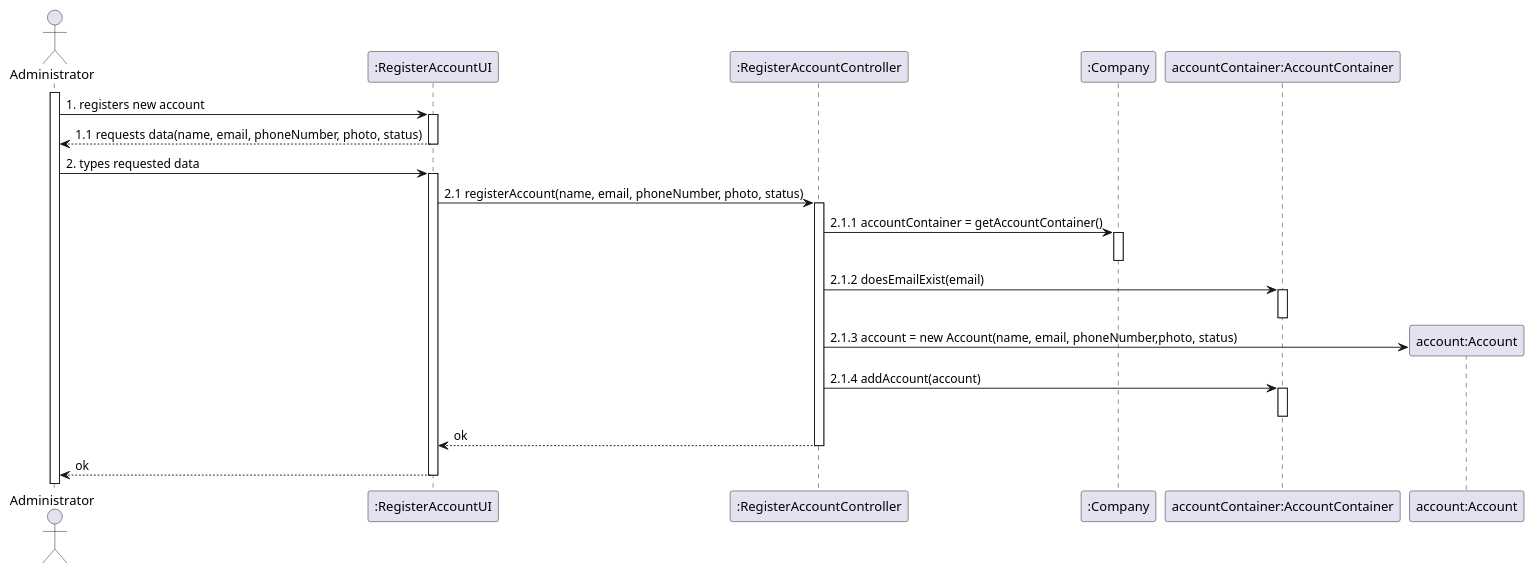
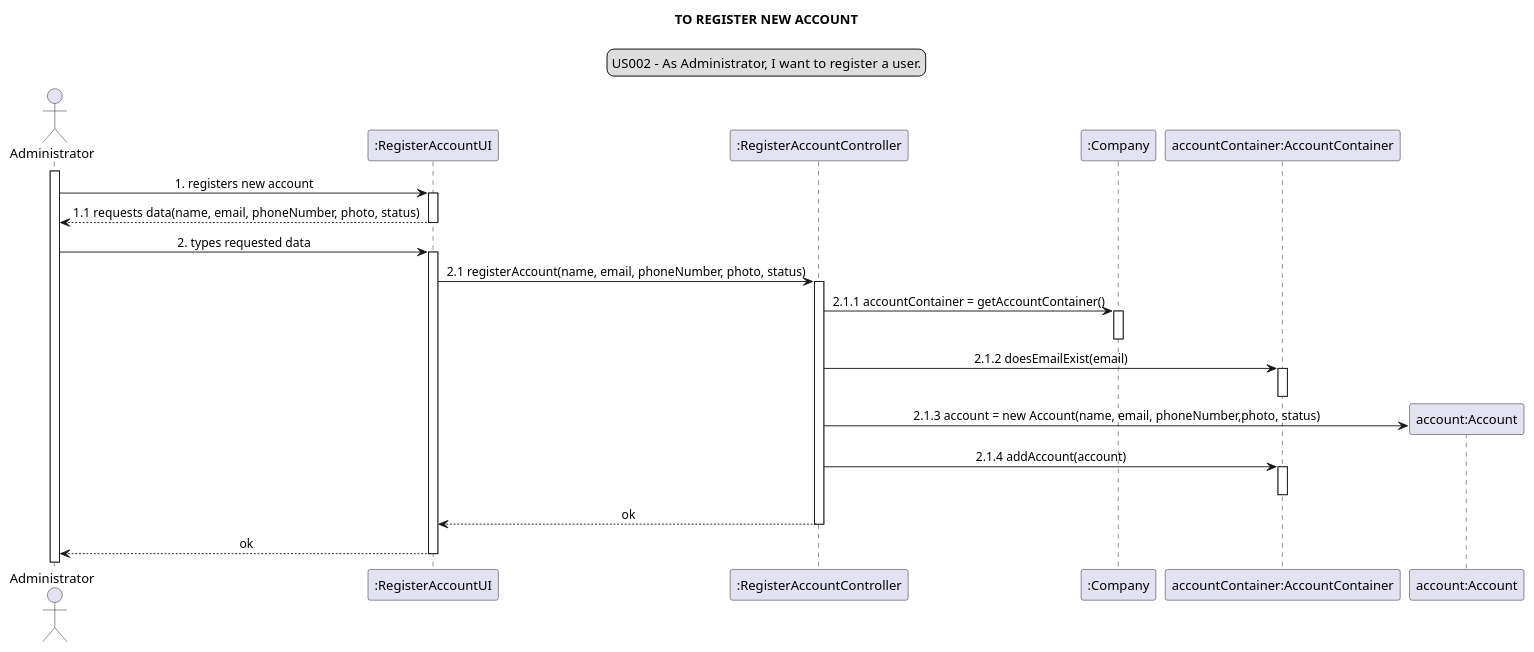
The diagram in docs/modelling_design/user_stories/us002/US002_Sequence_Diagram.puml (Loracline/project_switch_22-23), drawn with PlantUML before and after one commit. The commit also changed 6 other files, not shown here.

Commit message:
Sequence Diagrams | Update and refinement according to new version

```diff
--- a/docs/modelling_design/user_stories/us002/US002_Sequence_Diagram.puml
+++ b/docs/modelling_design/user_stories/us002/US002_Sequence_Diagram.puml
@@ -1,34 +1,39 @@
 @startuml
+skinparam sequenceMessageAlign center
+title TO REGISTER NEW ACCOUNT
+legend top
+US002 - As Administrator, I want to register a user.
+end legend
 actor Administrator
 participant ":RegisterAccountUI" as ui
 participant ":RegisterAccountController" as controller
 participant ":Company" as comp
 participant "accountContainer:AccountContainer" as AC
 participant "account:Account" as account
 activate Administrator
 Administrator -> ui: 1. registers new account
 activate ui
 ui --> Administrator: 1.1 requests data(name, email, phoneNumber, photo, status)
 deactivate ui
 Administrator -> ui: 2. types requested data
 activate ui
 ui -> controller: 2.1 registerAccount(name, email, phoneNumber, photo, status)
 activate controller
 controller -> comp: 2.1.1 accountContainer = getAccountContainer()
 activate comp
 deactivate comp
 controller -> AC: 2.1.2 doesEmailExist(email)
 activate AC
 deactivate AC
 create account
 controller -> account: 2.1.3 account = new Account(name, email, phoneNumber,photo, status)
 /'activate account
 deactivate account'/
 controller -> AC: 2.1.4 addAccount(account)
 activate AC
 deactivate AC
 controller --> ui: ok
 deactivate controller
 ui--> Administrator: ok
 deactivate ui
 @enduml
```
